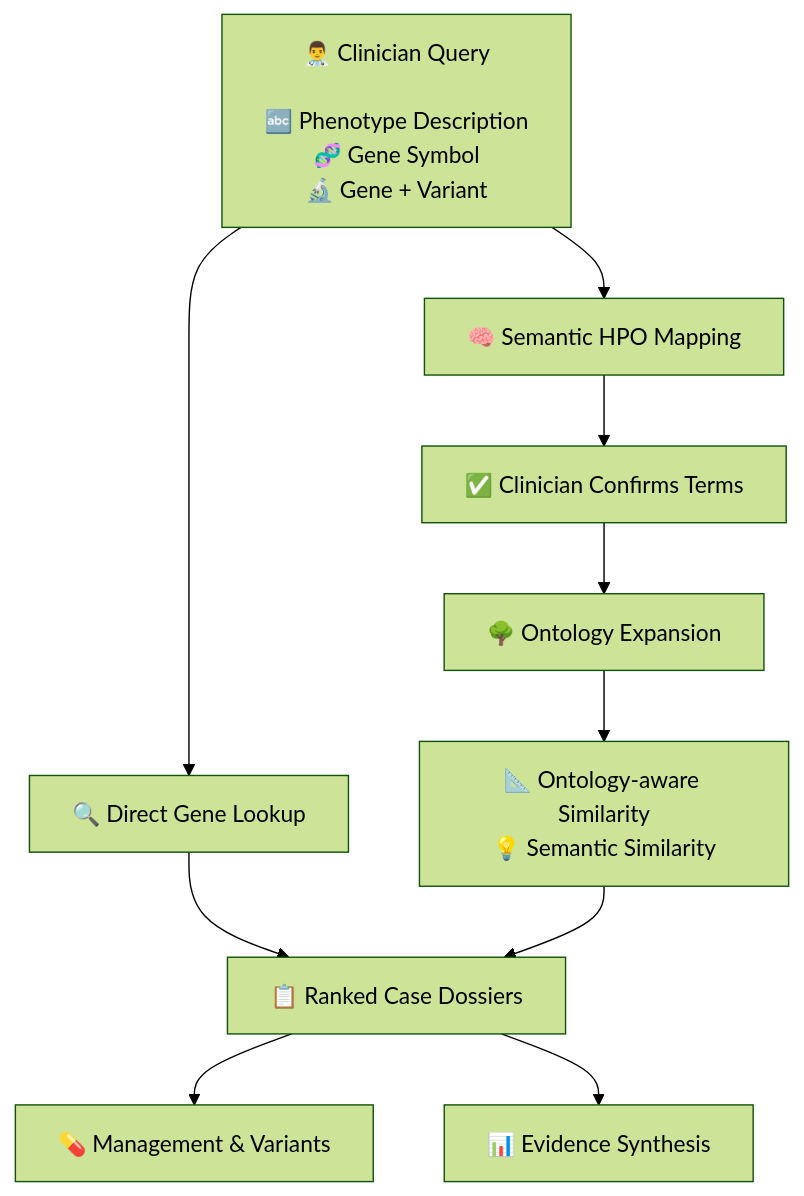
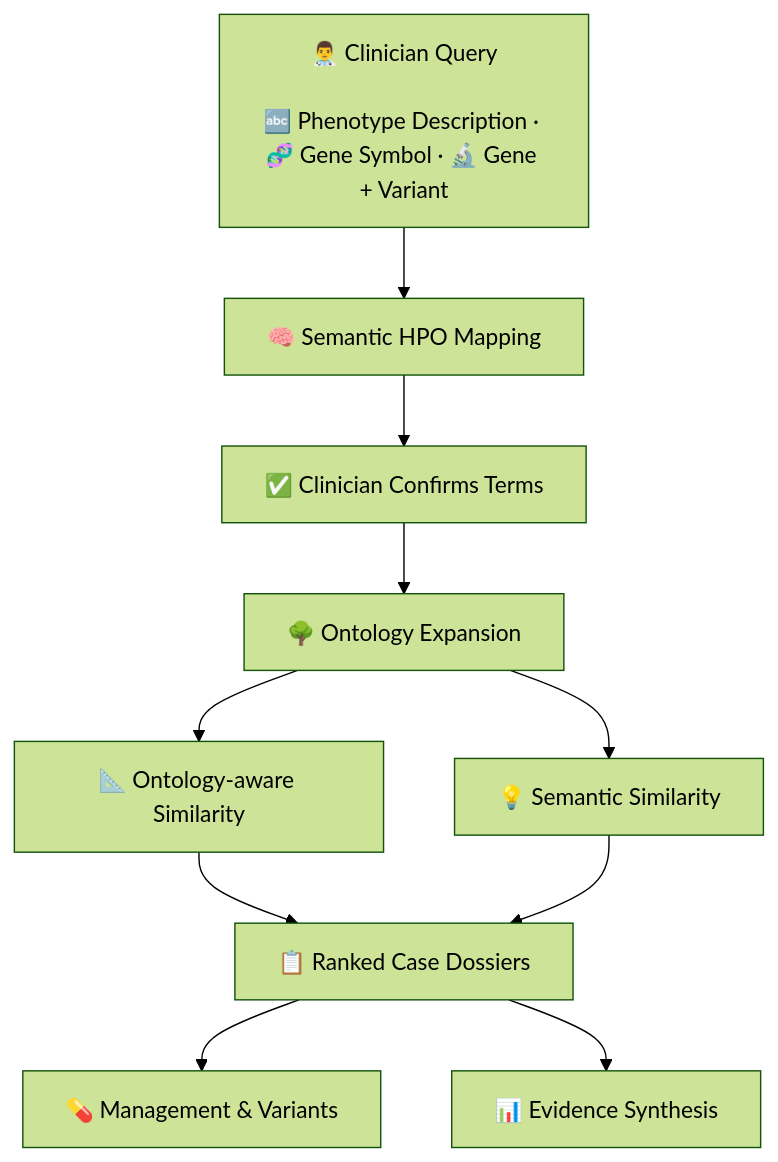
One commit to suryamukhikuchibhotla/RareDex-documentation changed the diagram in README.md. Above: the diagram before and after it, drawn with Mermaid (forest theme).

````diff
--- a/README.md
+++ b/README.md
@@ -51,16 +51,12 @@
 ```mermaid
 flowchart TD
-    A["👨‍⚕️ Clinician Query\n\n🔤 Phenotype Description\n🧬 Gene Symbol\n🔬 Gene + Variant"]
+    A["👨‍⚕️ Clinician Query\n\n🔤 Phenotype Description · 🧬 Gene Symbol · 🔬 Gene + Variant"]
     
     A --> B[🧠 Semantic HPO Mapping]
-    A --> C[🔍 Direct Gene Lookup]
-    
-    B --> D[✅ Clinician Confirms Terms]
-    D --> E[🌳 Ontology Expansion]
-    E --> F[📐 Ontology-aware Similarity\n💡 Semantic Similarity]
-    
-    C --> G[📋 Ranked Case Dossiers]
-    F --> G
-    
+    B --> C[✅ Clinician Confirms Terms]
+    C --> D[🌳 Ontology Expansion]
+    D --> E[📐 Ontology-aware Similarity]
+    D --> F[💡 Semantic Similarity]
+    E & F --> G[📋 Ranked Case Dossiers]
     G --> H[💊 Management & Variants] & I[📊 Evidence Synthesis]
 ```
````
